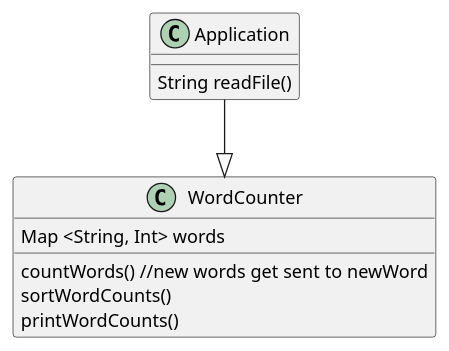
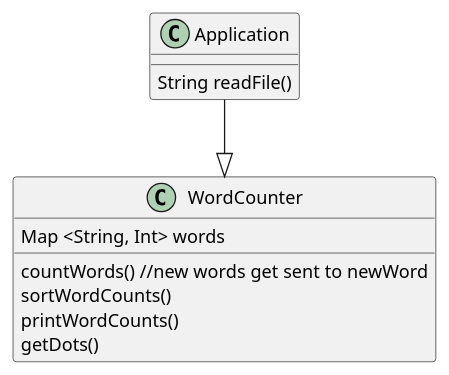
One commit to mbnic/milescubrahmbhatt-cop3330-assignment3 changed the diagram in src/main/java/ex46/ex46.puml. Above: the diagram before and after it, drawn with PlantUML. The commit also changed 6 other files, not shown here.

```diff
--- a/src/main/java/ex46/ex46.puml
+++ b/src/main/java/ex46/ex46.puml
@@ -1,18 +1,19 @@
 @startuml
 'https://plantuml.com/class-diagram
 
 class Application {
    String readFile()
 }
 
 class WordCounter {
     Map <String, Int> words
 
     countWords() //new words get sent to newWord
     sortWordCounts()
     printWordCounts()
+    getDots()
 }
 
 Application --|> WordCounter
 
 @enduml
```
